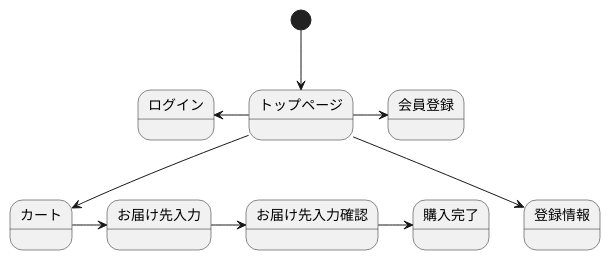
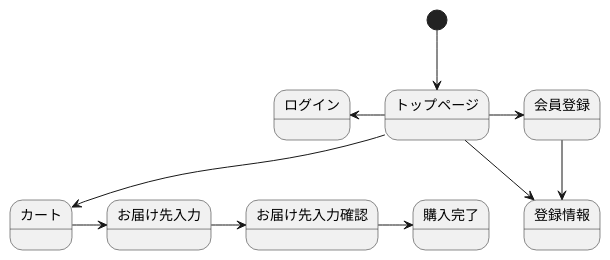
The diagram in stm01.md (aso2001190/sys2021-design), drawn with PlantUML before and after one commit.

````diff
--- a/stm01.md
+++ b/stm01.md
@@ -1,14 +1,16 @@
 ```uml
 @startuml
 [*] --> トップページ
 トップページ -> 会員登録
 トップページ -left-> ログイン
 トップページ --> カート
 トップページ --> 登録情報
+
+会員登録 --> 登録情報
 カート -> お届け先入力
 お届け先入力 -> お届け先入力確認
 お届け先入力確認 -> 購入完了
 
 
 @enduml
 ```
````
